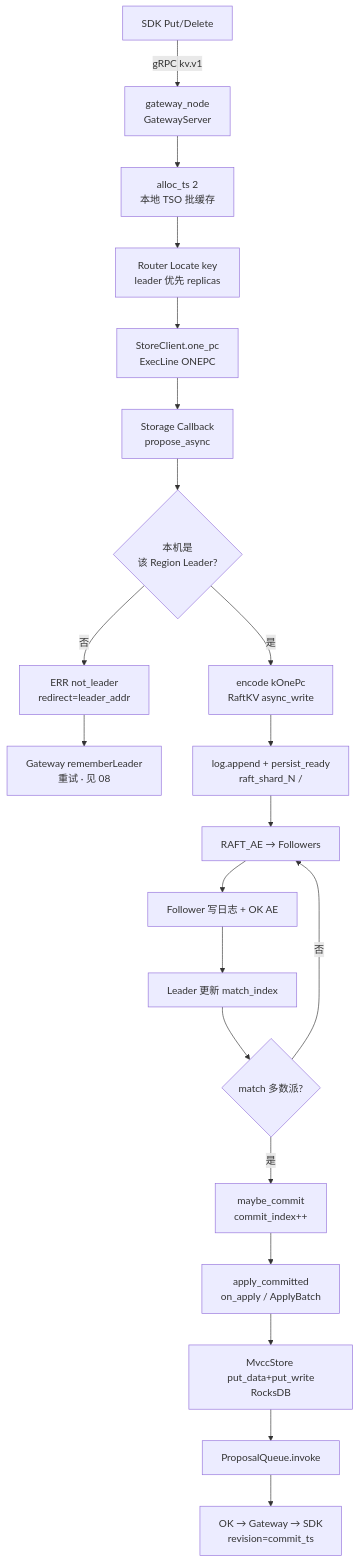
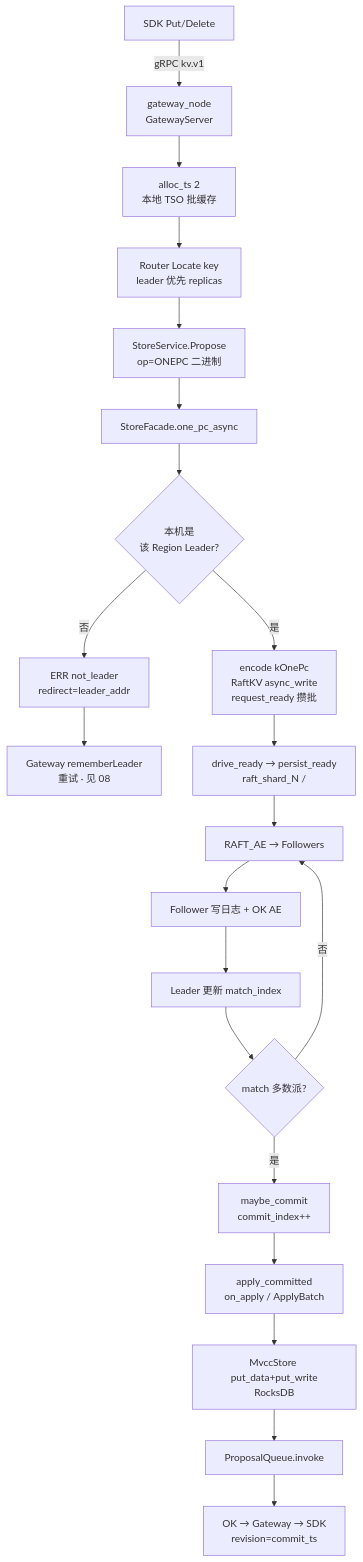
One commit to devotionalist/openkv changed the diagram in docs/flows/01-write-put.md. Above: the diagram before and after it, drawn with Mermaid. The commit also changed other lines of this file and 65 other files, not shown here.

````diff
--- a/docs/flows/01-write-put.md
+++ b/docs/flows/01-write-put.md
@@ -18,23 +20,23 @@
 ```mermaid
 flowchart TD
   A[SDK Put/Delete] -->|gRPC kv.v1| B[gateway_node<br/>GatewayServer]
   B --> T[alloc_ts 2<br/>本地 TSO 批缓存]
   T --> C[Router Locate key<br/>leader 优先 replicas]
-  C --> D[StoreClient.one_pc<br/>ExecLine ONEPC]
-  D --> E[Storage Callback<br/>propose_async]
+  C --> D[StoreService.Propose<br/>op=ONEPC 二进制]
+  D --> E[StoreFacade.one_pc_async]
   E --> F{本机是<br/>该 Region Leader?}
   F -->|否| H[ERR not_leader<br/>redirect=leader_addr]
   H --> R[Gateway rememberLeader<br/>重试 · 见 08]
-  F -->|是| I[encode kOnePc<br/>RaftKV async_write]
-  I --> J[log.append + persist_ready<br/>raft_shard_N /]
+  F -->|是| I[encode kOnePc<br/>RaftKV async_write<br/>request_ready 攒批]
+  I --> J[drive_ready → persist_ready<br/>raft_shard_N /]
   J --> K[RAFT_AE → Followers]
   K --> L[Follower 写日志 + OK AE]
   L --> M[Leader 更新 match_index]
   M --> N{match 多数派?}
   N -->|否| K
   N -->|是| O[maybe_commit<br/>commit_index++]
   O --> P[apply_committed<br/>on_apply / ApplyBatch]
   P --> Q[MvccStore put_data+put_write<br/>RocksDB]
   Q --> S[ProposalQueue.invoke]
   S --> U[OK → Gateway → SDK<br/>revision=commit_ts]
 ```
````
